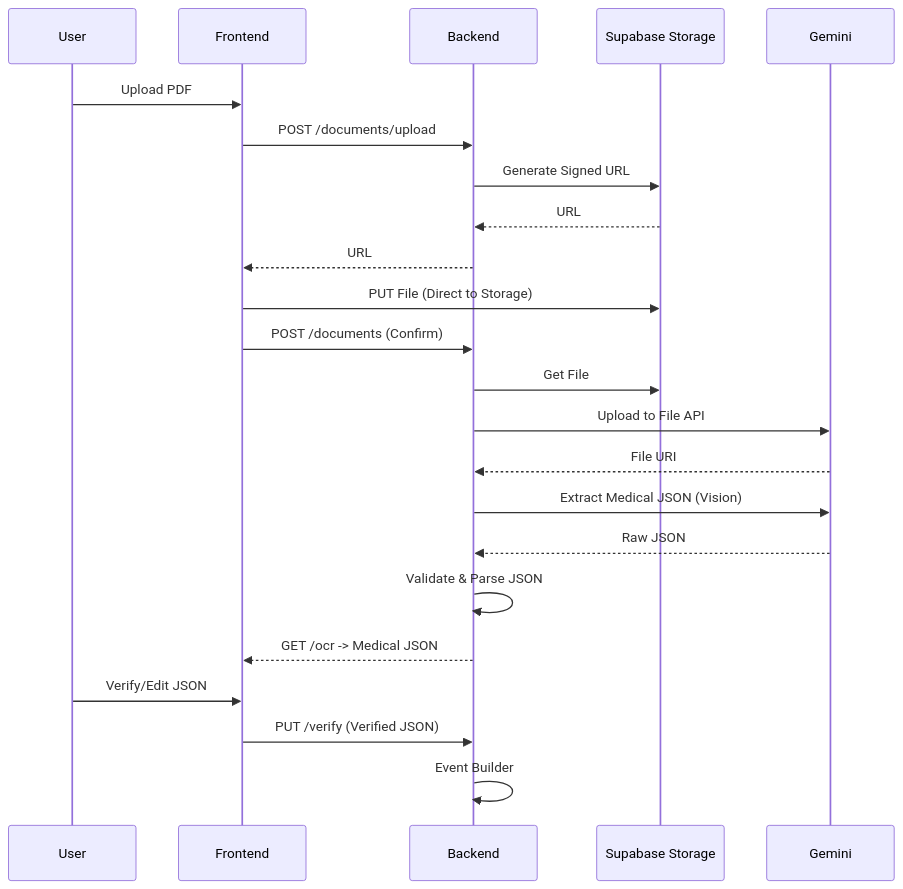
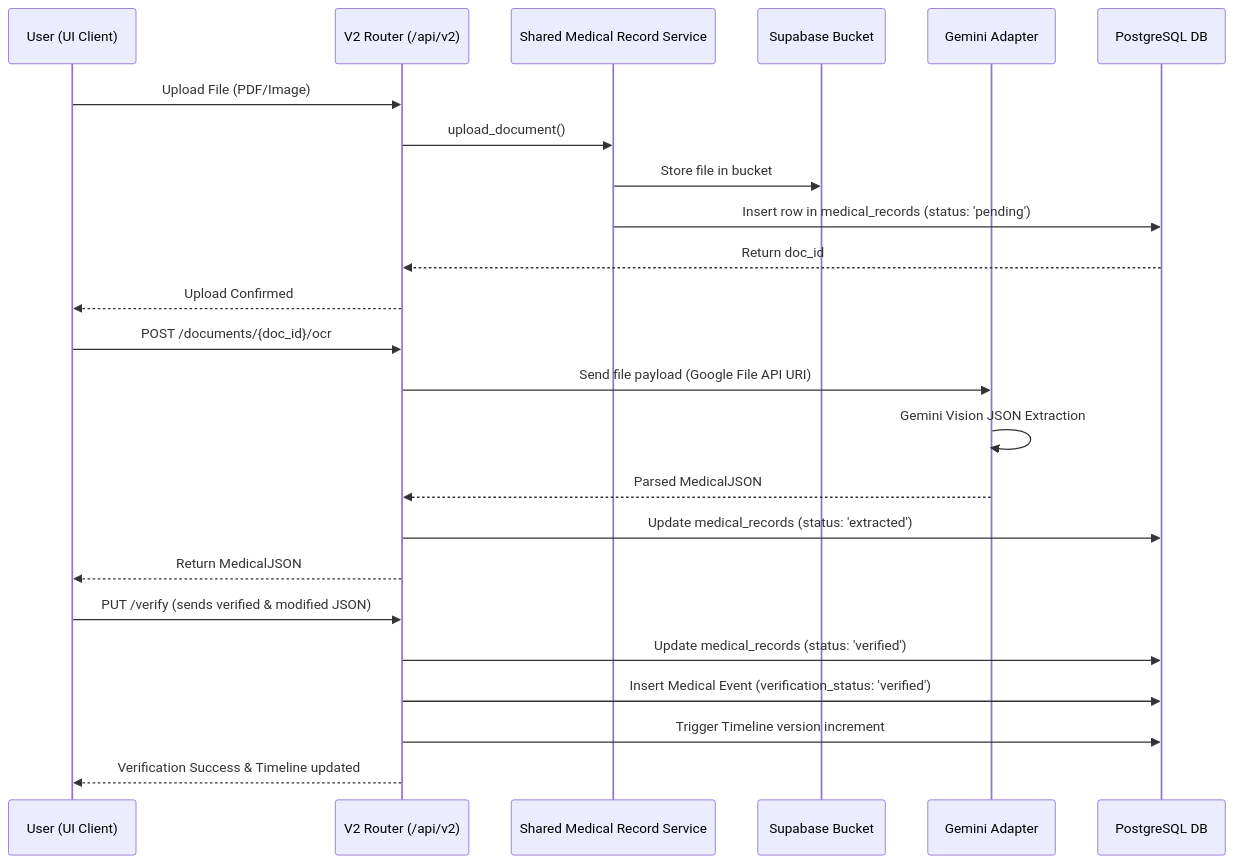
Before and after one commit to JannathBarveenR/blogreact: the first of 2 diagrams in docs/appdocs/ai_timeline.docs/api_dbSpecs_ai_timeline.md, drawn with Mermaid. The commit also changed other lines of this file and 4 other files, not shown here.

````diff
--- a/docs/appdocs/ai_timeline.docs/api_dbSpecs_ai_timeline.md
+++ b/docs/appdocs/ai_timeline.docs/api_dbSpecs_ai_timeline.md
@@ -488,26 +309,29 @@
 ```mermaid
 sequenceDiagram
-    participant U as User
-    participant F as Frontend
-    participant B as Backend
-    participant S as Supabase Storage
-    participant G as Gemini
-    
-    U->>F: Upload PDF
-    F->>B: POST /documents/upload
-    B->>S: Generate Signed URL
-    S-->>B: URL
-    B-->>F: URL
-    F->>S: PUT File (Direct to Storage)
-    F->>B: POST /documents (Confirm)
-    B->>S: Get File
-    B->>G: Upload to File API
-    G-->>B: File URI
-    B->>G: Extract Medical JSON (Vision)
-    G-->>B: Raw JSON
-    B->>B: Validate & Parse JSON
-    B-->>F: GET /ocr -> Medical JSON
-    U->>F: Verify/Edit JSON
-    F->>B: PUT /verify (Verified JSON)
-    B->>B: Event Builder
+    participant User as User (UI Client)
+    participant V2R as V2 Router (/api/v2)
+    participant MRService as Shared Medical Record Service
+    participant Storage as Supabase Bucket
+    participant Gemini as Gemini Adapter
+    participant DB as PostgreSQL DB
+
+    User->>V2R: Upload File (PDF/Image)
+    V2R->>MRService: upload_document()
+    MRService->>Storage: Store file in bucket
+    MRService->>DB: Insert row in medical_records (status: 'pending')
+    DB-->>V2R: Return doc_id
+    V2R-->>User: Upload Confirmed
+
+    User->>V2R: POST /documents/{doc_id}/ocr
+    V2R->>Gemini: Send file payload (Google File API URI)
+    Gemini->>Gemini: Gemini Vision JSON Extraction
+    Gemini-->>V2R: Parsed MedicalJSON
+    V2R->>DB: Update medical_records (status: 'extracted')
+    V2R-->>User: Return MedicalJSON
+
+    User->>V2R: PUT /verify (sends verified & modified JSON)
+    V2R->>DB: Update medical_records (status: 'verified')
+    V2R->>DB: Insert Medical Event (verification_status: 'verified')
+    V2R->>DB: Trigger Timeline version increment
+    V2R-->>User: Verification Success & Timeline updated
 ```
````
